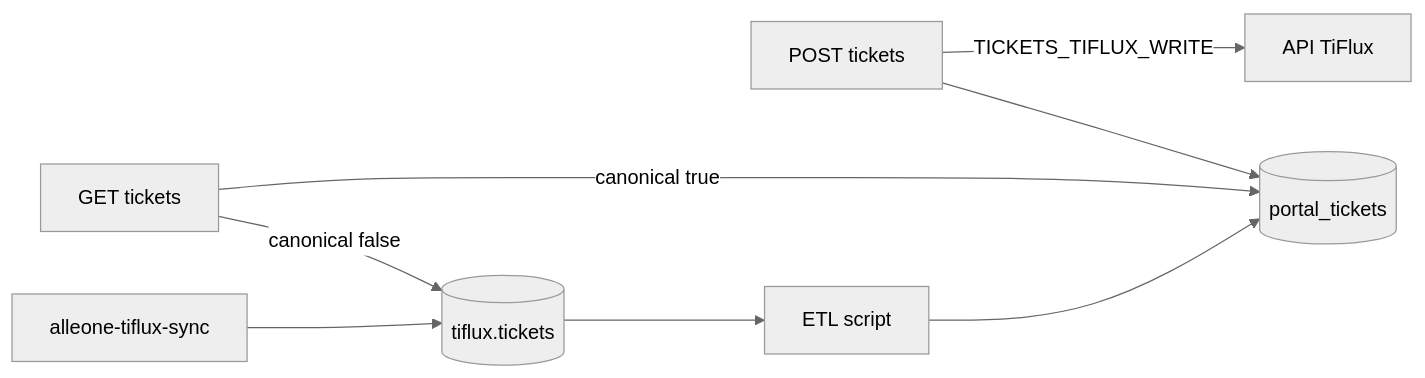
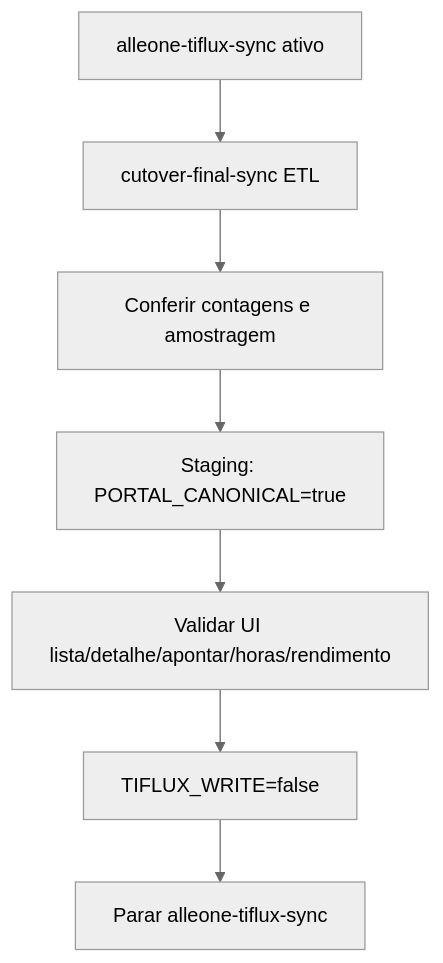
Before and after one commit to Erik743-git/alle-one: the diagram in docs/CUTOVER_TIFLUX.md, drawn with Mermaid (neutral theme). The commit also changed other lines of this file and 102 other files, not shown here.

First line of the commit message:
chore: release v0.6.0 — pré-tickets Graph, 2FA, cutover e UX rendimento

````diff
--- a/docs/CUTOVER_TIFLUX.md
+++ b/docs/CUTOVER_TIFLUX.md
@@ -32,10 +70,11 @@
 ```mermaid
-flowchart LR
-  create[POST tickets] --> portal[(portal_tickets)]
-  create -->|"TICKETS_TIFLUX_WRITE"| api[API TiFlux]
-  sync[alleone-tiflux-sync] --> tiflux[(tiflux.tickets)]
-  etl[ETL script] --> portal
-  tiflux --> etl
-  list[GET tickets] -->|"canonical false"| tiflux
-  list -->|"canonical true"| portal
+flowchart TD
+  syncOn[alleone-tiflux-sync ativo]
+  etl[cutover-final-sync ETL]
+  check[Conferir contagens e amostragem]
+  stageCanonical[Staging: PORTAL_CANONICAL=true]
+  validate[Validar UI lista/detalhe/apontar/horas/rendimento]
+  writeOff[TIFLUX_WRITE=false]
+  stopSync[Parar alleone-tiflux-sync]
+  syncOn --> etl --> check --> stageCanonical --> validate --> writeOff --> stopSync
 ```
````
